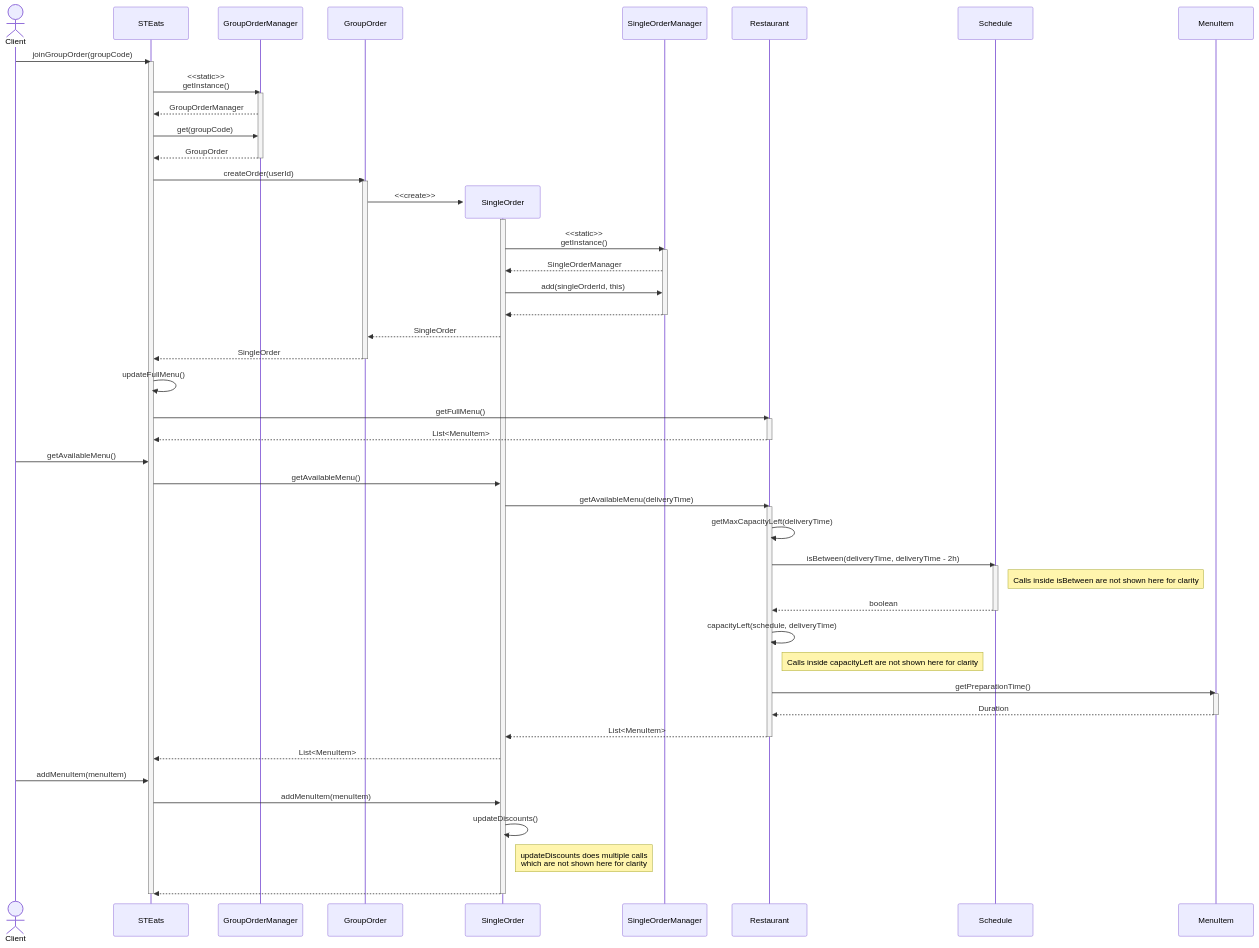
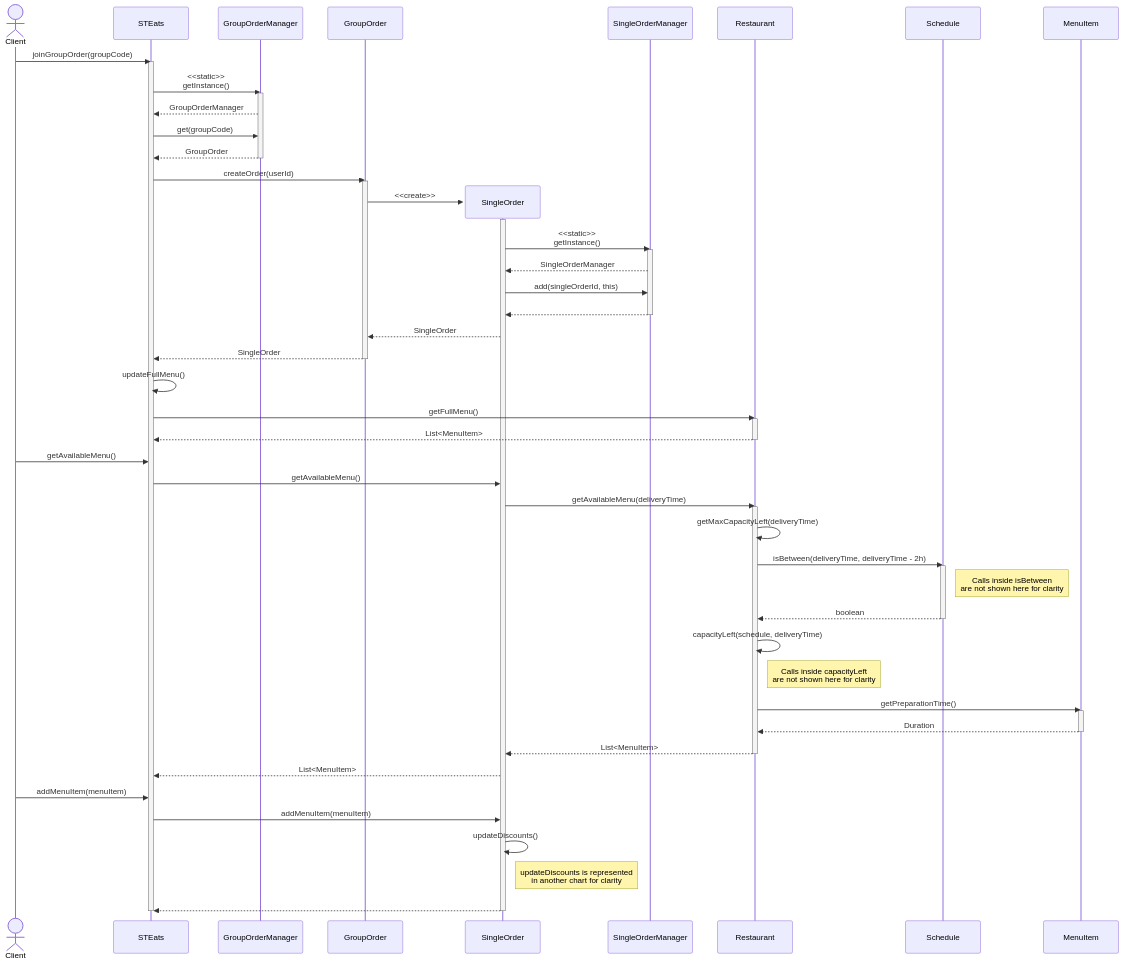
Before and after one commit to Other-Project/SI4-STEats: the third of 4 diagrams in doc/uml.md, drawn with Mermaid. The commit also changed other lines of this file, not shown here.

Commit message:
docs(#5): Discount sequence diagram

````diff
--- a/doc/uml.md
+++ b/doc/uml.md
@@ -374,62 +374,58 @@
 ```mermaid
 sequenceDiagram
     actor Client
     Client ->> STEats: joinGroupOrder(groupCode)
     activate STEats
     STEats ->> GroupOrderManager: <<static>><br />getInstance()
     activate GroupOrderManager
     GroupOrderManager -->> STEats: GroupOrderManager
     STEats ->> GroupOrderManager: get(groupCode)
     GroupOrderManager -->> STEats: GroupOrder
     deactivate GroupOrderManager
     STEats ->> GroupOrder: createOrder(userId)
     activate GroupOrder
     create participant SingleOrder
     GroupOrder ->> SingleOrder: <<create>>
     activate SingleOrder
     SingleOrder ->> SingleOrderManager: <<static>><br />getInstance()
     activate SingleOrderManager
     SingleOrderManager -->> SingleOrder: SingleOrderManager
     SingleOrder ->> SingleOrderManager: add(singleOrderId, this)
     SingleOrderManager -->> SingleOrder: #32;
     deactivate SingleOrderManager
     SingleOrder -->> GroupOrder: SingleOrder
     GroupOrder -->> STEats: SingleOrder
     deactivate GroupOrder
     STEats ->> STEats: updateFullMenu()
     STEats ->> Restaurant: getFullMenu()
     activate Restaurant
     Restaurant -->> STEats: List<MenuItem>
     deactivate Restaurant
 
-
-# -------------------------------#
-# TODO: Appel à getAvailableMenu #
-# -------------------------------#
     Client ->> STEats: getAvailableMenu()
     STEats ->> SingleOrder: getAvailableMenu()
     SingleOrder ->> Restaurant: getAvailableMenu(deliveryTime)
     activate Restaurant
     Restaurant ->> Restaurant: getMaxCapacityLeft(deliveryTime)
     Restaurant ->> Schedule: isBetween(deliveryTime, deliveryTime - 2h)
     activate Schedule
-    note right of Schedule: Calls inside isBetween are not shown here for clarity
+    note right of Schedule: Calls inside isBetween<br/>are not shown here for clarity
     Schedule -->> Restaurant: boolean
     deactivate Schedule
     Restaurant ->> Restaurant: capacityLeft(schedule, deliveryTime)
-    note right of Restaurant: Calls inside capacityLeft are not shown here for clarity
+    note right of Restaurant: Calls inside capacityLeft<br/>are not shown here for clarity
     Restaurant ->> MenuItem: getPreparationTime()
     activate MenuItem
     MenuItem -->> Restaurant: Duration
     deactivate MenuItem
     Restaurant -->> SingleOrder: List<MenuItem>
     deactivate Restaurant
     SingleOrder -->> STEats: List<MenuItem>
     Client ->> STEats: addMenuItem(menuItem)
     STEats ->> SingleOrder: addMenuItem(menuItem)
     SingleOrder ->> SingleOrder: updateDiscounts()
-    note right of SingleOrder: updateDiscounts does multiple calls<br/>which are not shown here for clarity
+    note right of SingleOrder: updateDiscounts is represented<br/>in another chart for clarity
     SingleOrder -->> STEats: #32;
     deactivate SingleOrder
     deactivate STEats
 ```
````
